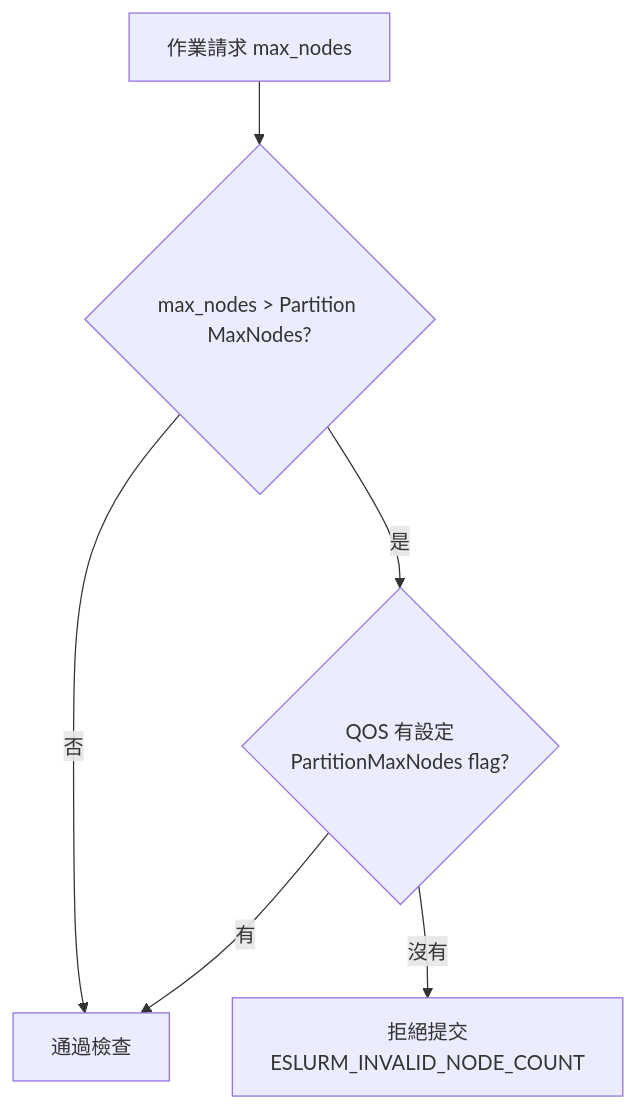
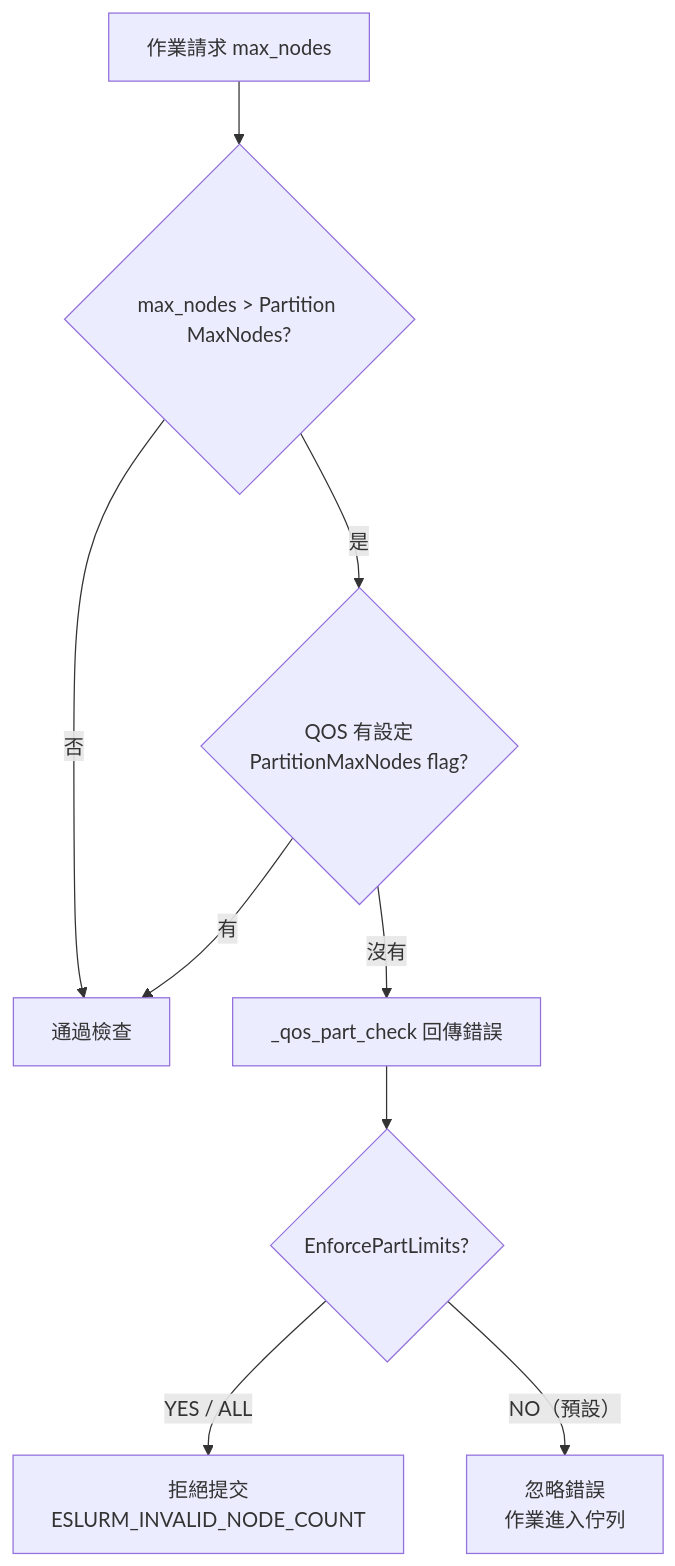
Before and after one commit to pichiu/slurm: the second of 7 diagrams in _bmad-output/technical-reference/internals/slurm-qos-partition-node-limits.md, drawn with Mermaid. The commit also changed other lines of this file, not shown here.

First line of the commit message:
docs: fix incorrect submission rejection behavior in QOS-Partition doc

````diff
--- a/_bmad-output/technical-reference/internals/slurm-qos-partition-node-limits.md
+++ b/_bmad-output/technical-reference/internals/slurm-qos-partition-node-limits.md
@@ -68,8 +103,11 @@
 ```mermaid
 flowchart TD
     A["作業請求 max_nodes"] --> B{"max_nodes > Partition MaxNodes?"}
     B -->|否| PASS["通過檢查"]
     B -->|是| C{"QOS 有設定\nPartitionMaxNodes flag?"}
     C -->|有| PASS
-    C -->|沒有| REJECT["拒絕提交\nESLURM_INVALID_NODE_COUNT"]
+    C -->|沒有| ERR["_qos_part_check 回傳錯誤"]
+    ERR --> EPL{"EnforcePartLimits?"}
+    EPL -->|"YES / ALL"| REJECT["拒絕提交\nESLURM_INVALID_NODE_COUNT"]
+    EPL -->|"NO（預設）"| ACCEPT["忽略錯誤\n作業進入佇列"]
 ```
````
